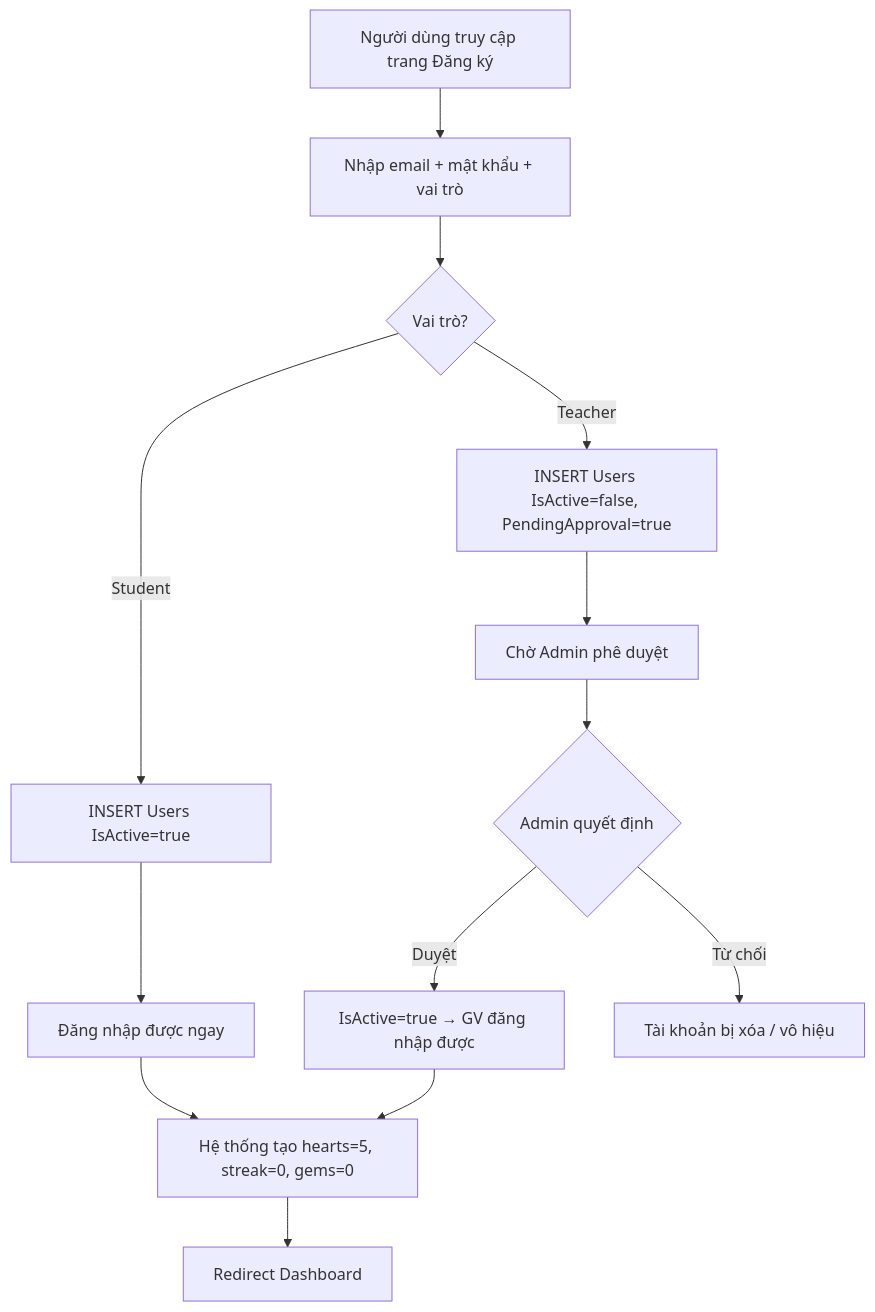
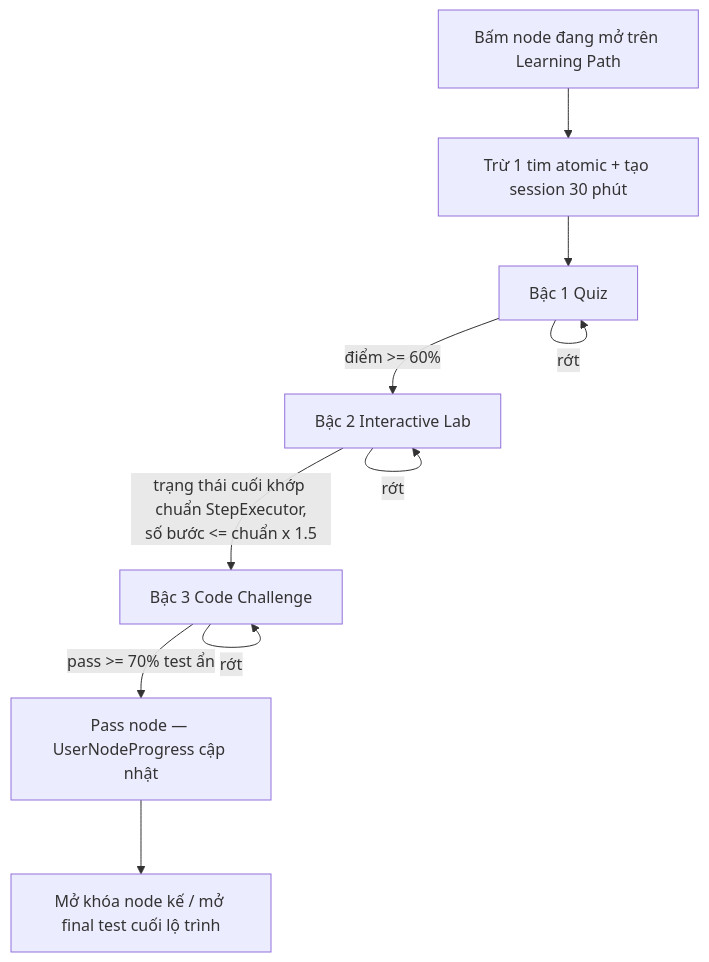
Before and after one commit to Tqson3118/Visualization: diagram 16 of 18 in tailieu/BAO_CAO.md, drawn with Mermaid. The commit also changed other lines of this file and 398 other files, not shown here.

````diff
--- a/tailieu/BAO_CAO.md
+++ b/tailieu/BAO_CAO.md
@@ -1057,15 +1704,12 @@
 ```mermaid
 flowchart TD
-    A[Người dùng truy cập trang Đăng ký] --> B[Nhập email + mật khẩu + vai trò]
-    B --> C{Vai trò?}
-    C -->|Student| D[INSERT Users IsActive=true]
-    C -->|Teacher| E[INSERT Users IsActive=false, PendingApproval=true]
-    D --> F[Đăng nhập được ngay]
-    E --> G[Chờ Admin phê duyệt]
-    G --> H{Admin quyết định}
-    H -->|Duyệt| I[IsActive=true → GV đăng nhập được]
-    H -->|Từ chối| J[Tài khoản bị xóa / vô hiệu]
-    F --> K[Hệ thống tạo hearts=5, streak=0, gems=0]
-    I --> K
-    K --> L[Redirect Dashboard]
+    A[Bấm node đang mở trên Learning Path] --> B[Trừ 1 tim atomic + tạo session 30 phút]
+    B --> C[Bậc 1 Quiz]
+    C -->|điểm >= 60%| D[Bậc 2 Interactive Lab]
+    C -->|rớt| C
+    D -->|trạng thái cuối khớp chuẩn StepExecutor,<br/>số bước <= chuẩn x 1.5| E[Bậc 3 Code Challenge]
+    D -->|rớt| D
+    E -->|pass >= 70% test ẩn| F[Pass node — UserNodeProgress cập nhật]
+    E -->|rớt| E
+    F --> G[Mở khóa node kế / mở final test cuối lộ trình]
 ```
````
